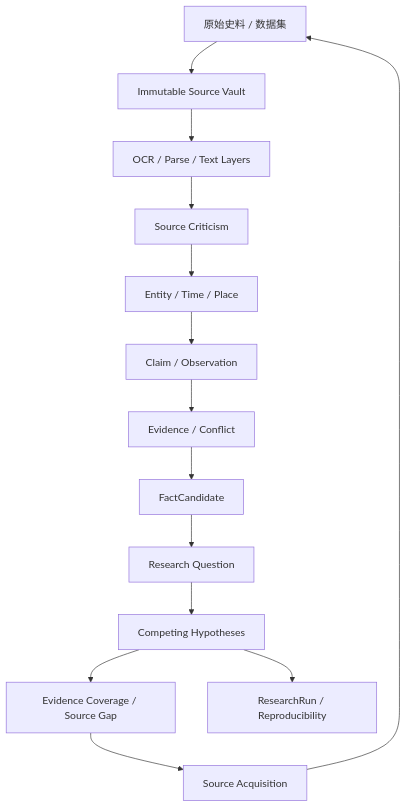
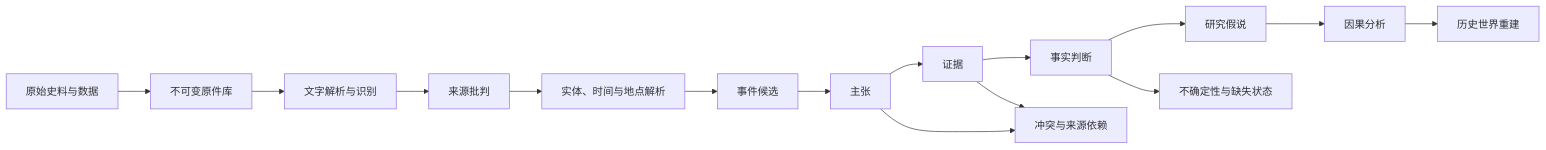
One commit to erwinjy/histora-hcis changed the first of 4 diagrams in README.md. Above: the diagram before and after it, drawn with Mermaid. The commit also changed other lines of this file and 2 other files, not shown here.

````diff
--- a/README.md
+++ b/README.md
@@ -49,16 +44,18 @@
 ```mermaid
-flowchart TD
-    A[原始史料 / 数据集] --> B[Immutable Source Vault]
-    B --> C[OCR / Parse / Text Layers]
-    C --> D[Source Criticism]
-    D --> E[Entity / Time / Place]
-    E --> F[Claim / Observation]
-    F --> G[Evidence / Conflict]
-    G --> H[FactCandidate]
-    H --> I[Research Question]
-    I --> J[Competing Hypotheses]
-    J --> K[Evidence Coverage / Source Gap]
-    K --> L[Source Acquisition]
-    L --> A
-    J --> M[ResearchRun / Reproducibility]
+flowchart LR
+    A[原始史料与数据] --> B[不可变原件库]
+    B --> C[文字解析与识别]
+    C --> D[来源批判]
+    D --> E[实体、时间与地点解析]
+    E --> F[事件候选]
+    F --> G[主张]
+    G --> H[证据]
+    H --> I[事实判断]
+    I --> J[研究假说]
+    J --> K[因果分析]
+    K --> L[历史世界重建]
+
+    H --> M[冲突与来源依赖]
+    G --> M
+    I --> N[不确定性与缺失状态]
 ```
````
